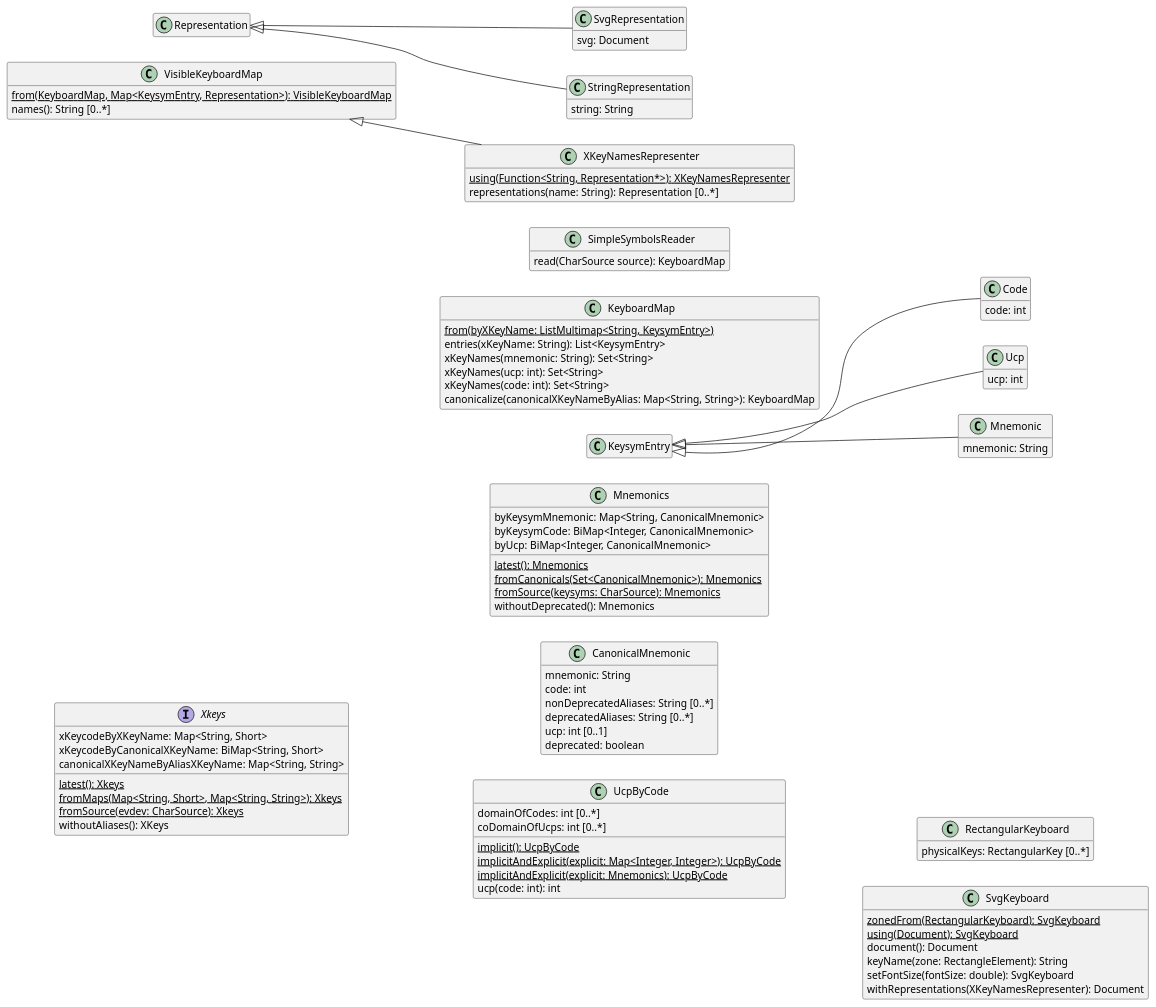
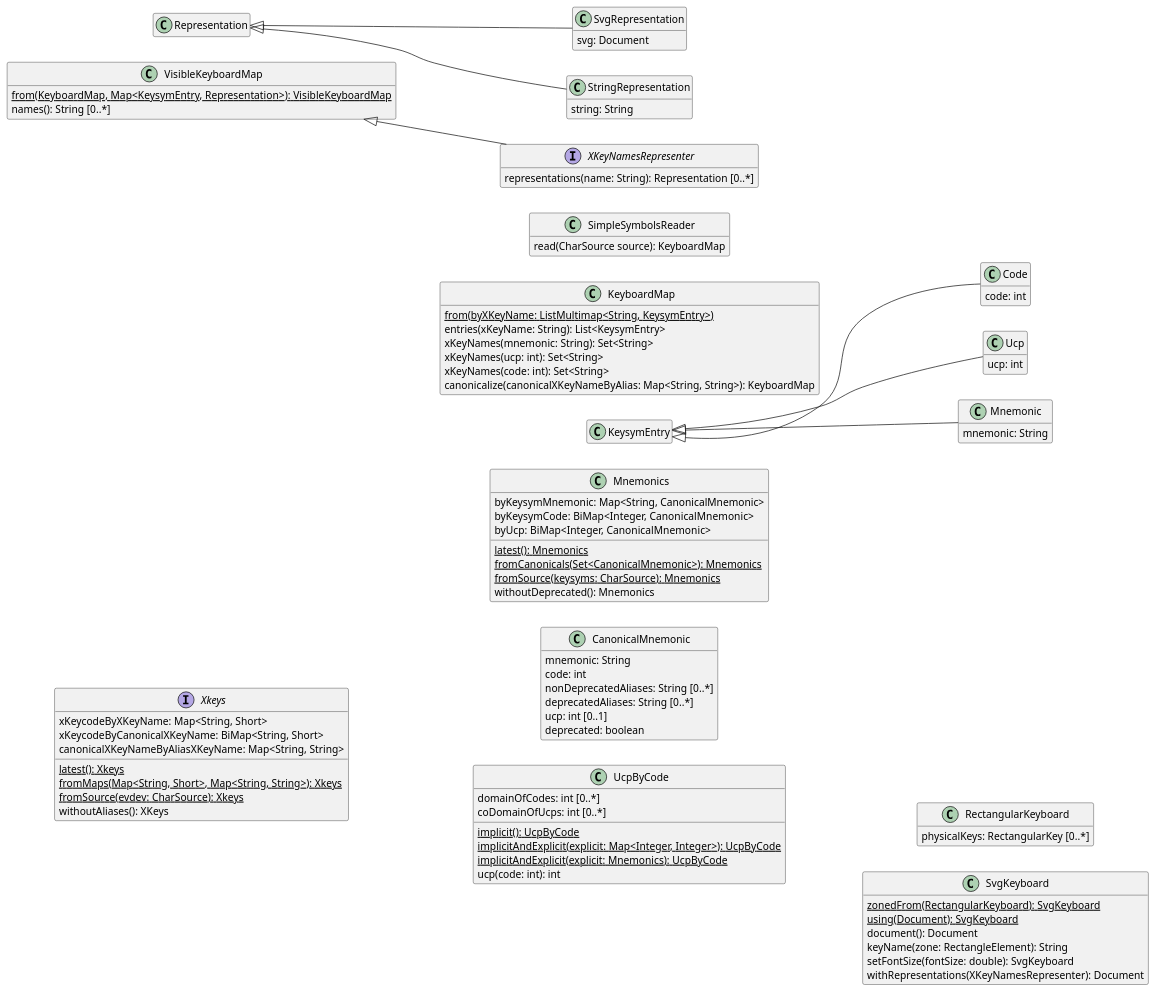
Before and after one commit to oliviercailloux/Keyboardd: the diagram in Main classes.wsd, drawn with PlantUML.

```diff
--- a/Main classes.wsd
+++ b/Main classes.wsd
@@ -1,128 +1,127 @@
 @startuml Main classes
 hide empty members
 left to right direction
 
 interface "Xkeys" {
   {static} latest(): Xkeys
   {static} fromMaps(Map<String, Short>, Map<String, String>): Xkeys
   {static} fromSource(evdev: CharSource): Xkeys
   xKeycodeByXKeyName: Map<String, Short>
   xKeycodeByCanonicalXKeyName: BiMap<String, Short>
   canonicalXKeyNameByAliasXKeyName: Map<String, String>
   withoutAliases(): XKeys
 }
 
 together {
   class "CanonicalMnemonic"
   class "Mnemonics"
   class "UcpByCode"
 }
 
 class "CanonicalMnemonic" {
    mnemonic: String
    code: int
    nonDeprecatedAliases: String [0..*]
    deprecatedAliases: String [0..*]
    ucp: int [0..1]
    deprecated: boolean
 }
 
 class "Mnemonics" {
   {static} latest(): Mnemonics
   {static} fromCanonicals(Set<CanonicalMnemonic>): Mnemonics
   {static} fromSource(keysyms: CharSource): Mnemonics
   byKeysymMnemonic: Map<String, CanonicalMnemonic>
   byKeysymCode: BiMap<Integer, CanonicalMnemonic>
   byUcp: BiMap<Integer, CanonicalMnemonic>
   withoutDeprecated(): Mnemonics
 }
 
 class "UcpByCode" {
   {static} implicit(): UcpByCode
   {static} implicitAndExplicit(explicit: Map<Integer, Integer>): UcpByCode
   {static} implicitAndExplicit(explicit: Mnemonics): UcpByCode
   domainOfCodes: int [0..*]
   coDomainOfUcps: int [0..*]
   ucp(code: int): int
 }
 
 together {
   class "KeysymEntry"
   class "Mnemonic" {}
   class "Ucp" {}
   class "Code" {}
   class "KeyboardMap"
   class "SimpleSymbolsReader"
 }
 
 class "KeysymEntry" {}
 class "Mnemonic" {
   mnemonic: String
 }
 class "Ucp" {
   ucp: int
 }
 class "Code" {
   code: int
 }
 
 "KeysymEntry" <|-- "Mnemonic"
 "KeysymEntry" <|-- "Ucp"
 "KeysymEntry" <|-- "Code"
 
 class "KeyboardMap" {
   {static} from(byXKeyName: ListMultimap<String, KeysymEntry>)
   entries(xKeyName: String): List<KeysymEntry>
   xKeyNames(mnemonic: String): Set<String>
   xKeyNames(ucp: int): Set<String>
   xKeyNames(code: int): Set<String>
   canonicalize(canonicalXKeyNameByAlias: Map<String, String>): KeyboardMap
 }
 
 class "SimpleSymbolsReader" {
   read(CharSource source): KeyboardMap
 }
 
 together {
   class "Representation"
   class "StringRepresentation"
   class "SvgRepresentation"
   class "VisibleKeyboardMap"
 }
 
 class "Representation" {
 }
 class "StringRepresentation" {
   string: String
 }
 class "SvgRepresentation" {
   svg: Document
 }
 "Representation" <|-- "StringRepresentation"
 "Representation" <|-- "SvgRepresentation"
 
-class "XKeyNamesRepresenter" {
-  {static} using(Function<String, Representation*>): XKeyNamesRepresenter
+interface "XKeyNamesRepresenter" {
   representations(name: String): Representation [0..*]
 }
 
 class "VisibleKeyboardMap" {
   {static} from(KeyboardMap, Map<KeysymEntry, Representation>): VisibleKeyboardMap
   names(): String [0..*]
 }
 "VisibleKeyboardMap" <|-- "XKeyNamesRepresenter"
 
 class "RectangularKeyboard" {
   physicalKeys: RectangularKey [0..*]
 }
 
 class "SvgKeyboard" {
   {static} zonedFrom(RectangularKeyboard): SvgKeyboard
   {static} using(Document): SvgKeyboard
   document(): Document
   keyName(zone: RectangleElement): String
   setFontSize(fontSize: double): SvgKeyboard
   withRepresentations(XKeyNamesRepresenter): Document
 }
 
 @enduml
```
